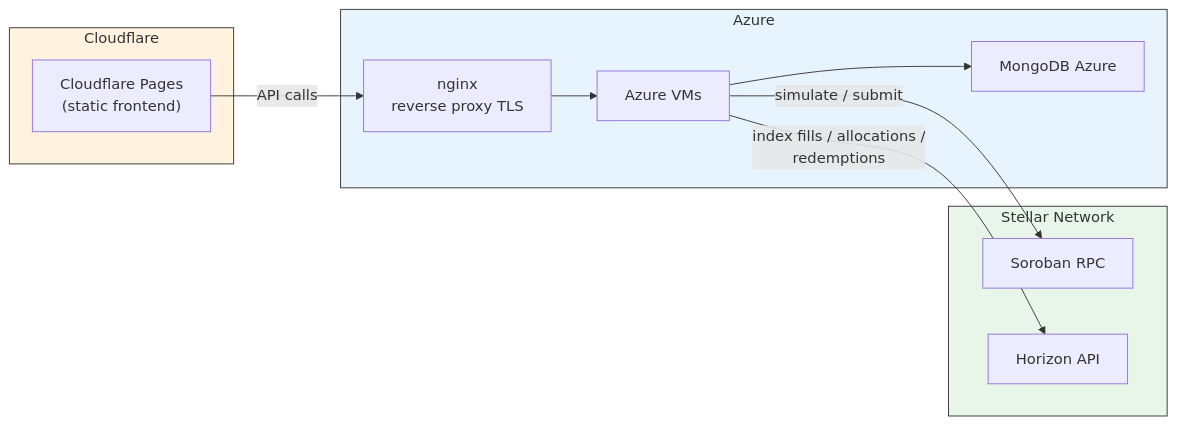
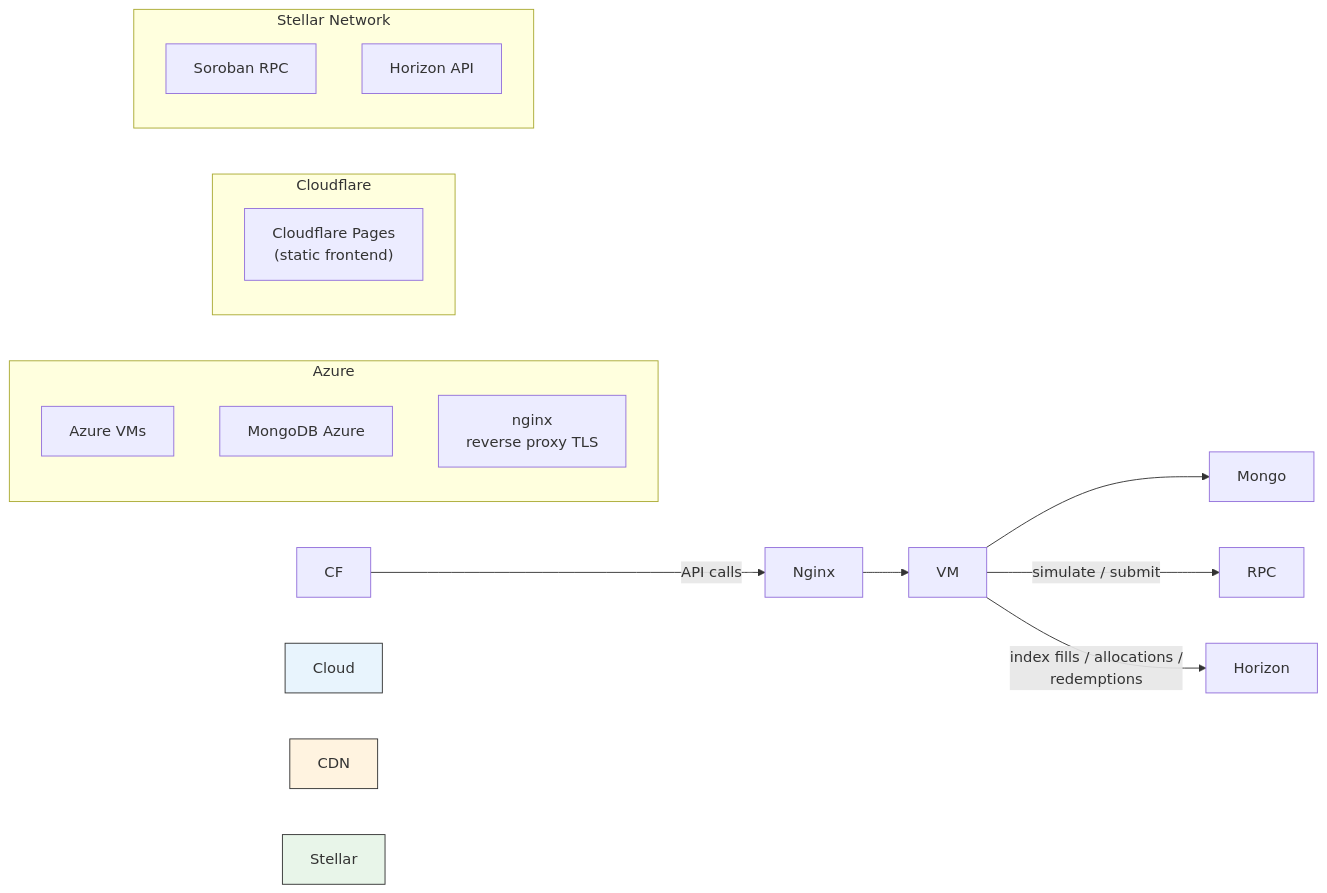
Before and after one commit to mystic-finance/Stellar-RFQ: the seventh of 9 diagrams in docs/TECHNICAL_ARCHITECTURE.md, drawn with Mermaid. The commit also changed other lines of this file, not shown here.

````diff
--- a/docs/TECHNICAL_ARCHITECTURE.md
+++ b/docs/TECHNICAL_ARCHITECTURE.md
@@ -944,27 +859,27 @@
 ```mermaid
 graph LR
-    subgraph Cloud["Azure"]
-        VM["Azure VMs"]
-        Mongo["MongoDB Azure"]
-        Nginx["nginx<br/>reverse proxy TLS"]
+    subgraph Cloud\["Azure"]
+        VM\["Azure VMs"]
+        Mongo\["MongoDB Azure"]
+        Nginx\["nginx<br/>reverse proxy TLS"]
     end
 
-    subgraph CDN["Cloudflare"]
-        CF["Cloudflare Pages<br/>(static frontend)"]
+    subgraph CDN\["Cloudflare"]
+        CF\["Cloudflare Pages<br/>(static frontend)"]
     end
 
-    subgraph Stellar["Stellar Network"]
-        RPC["Soroban RPC"]
-        Horizon["Horizon API"]
+    subgraph Stellar\["Stellar Network"]
+        RPC\["Soroban RPC"]
+        Horizon\["Horizon API"]
     end
 
     CF -->|"API calls"| Nginx
     Nginx --> VM
     VM --> Mongo
     VM -->|"simulate / submit"| RPC
     VM -->|"index fills / allocations /<br/>redemptions"| Horizon
 
     style Cloud fill:#e8f4fd,stroke:#333
     style CDN fill:#fff3e0,stroke:#333
     style Stellar fill:#e8f5e9,stroke:#333
 ```
````
